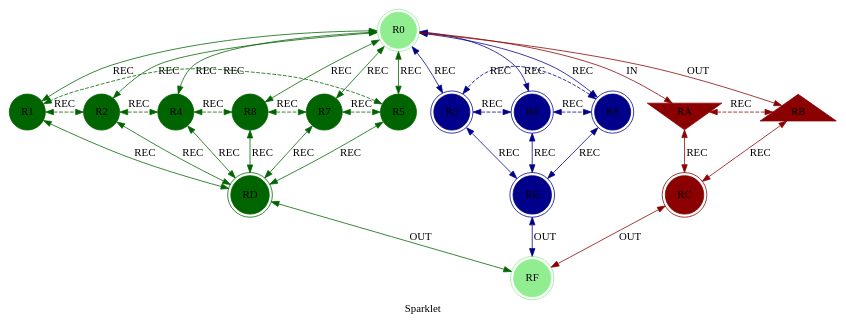
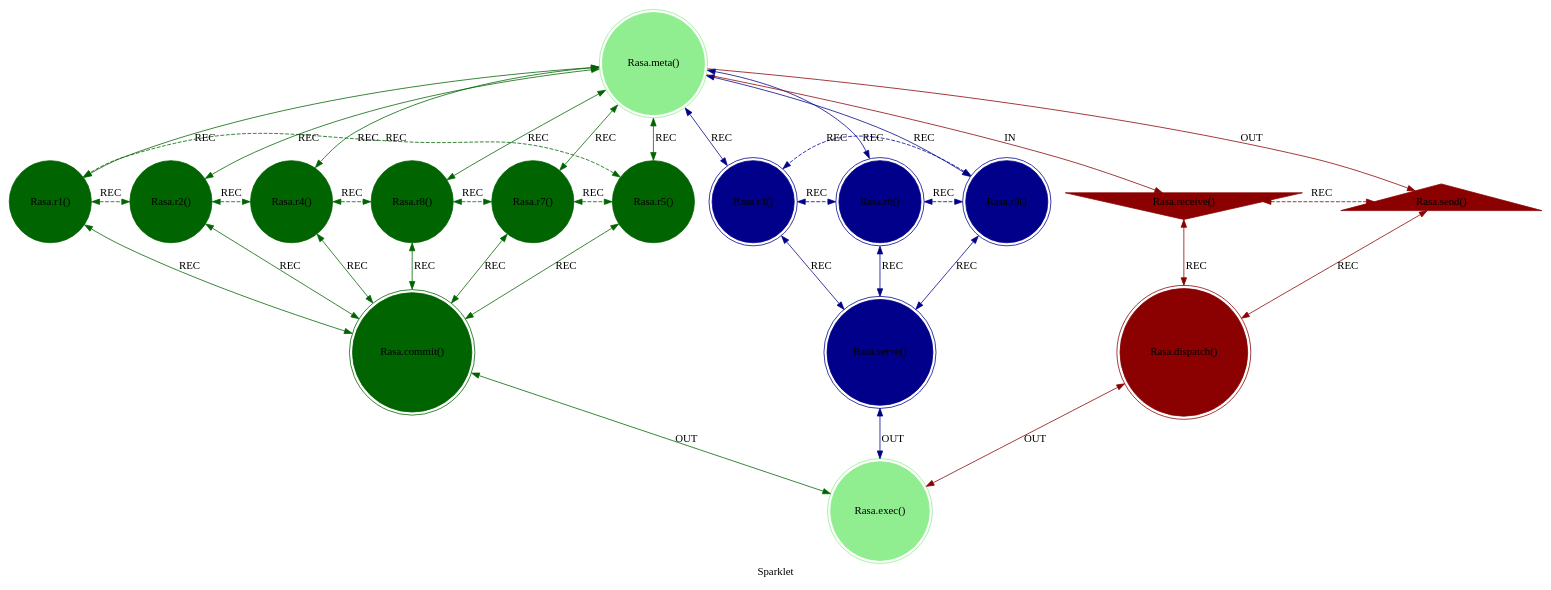
Before and after one commit to cilang/mythos: the diagram in src/includes/rasa.dot, drawn with Graphviz. The commit also changed 6 other files, not shown here.

```diff
--- a/src/includes/rasa.dot
+++ b/src/includes/rasa.dot
@@ -1,48 +1,48 @@
 strict digraph Sparklet {
     label = "Sparklet";
     style = filled;
     color = lightgray;
     node [shape = circle; style = filled; color = lightgreen;];
     
     // The Axis A-0-B (In-Meta-Out).
     // The Sacred 3-6-9 (Boundary of Perception).
     // The Vortex 1-2-4-8-7-5 (Boundary of Comprehension).
     // The Router C-D-E
     // The Closure F
-    spark_0_t [label = "R0";comment = "meta()";shape = doublecircle;];
-    spark_1_t [label = "R1";comment = "";shape = circle;color = darkgreen;];
-    spark_2_t [label = "R2";comment = "";shape = circle;color = darkgreen;];
-    spark_4_t [label = "R4";comment = "";shape = circle;color = darkgreen;];
-    spark_8_t [label = "R8";comment = "";shape = circle;color = darkgreen;];
-    spark_7_t [label = "R7";comment = "";shape = circle;color = darkgreen;];
-    spark_5_t [label = "R5";comment = "";shape = circle;color = darkgreen;];
-    spark_3_t [label = "R3";comment = "";shape = doublecircle;color = darkblue;];
-    spark_6_t [label = "R6";comment = "";shape = doublecircle;color = darkblue;];
-    spark_9_t [label = "R9";comment = "";shape = doublecircle;color = darkblue;];
-    spark_a_t [label = "RA";comment = "receive()";shape = invtriangle;color = darkred;];
-    spark_b_t [label = "RB";comment = "send()";shape = triangle;color = darkred;];
-    spark_c_t [label = "RC";comment = "dispatch()";shape = doublecircle;color = darkred;];
-    spark_d_t [label = "RD";comment = "commit()";shape = doublecircle;color = darkgreen;];
-    spark_e_t [label = "RE";comment = "serve()";shape = doublecircle;color = darkblue;];
-    spark_f_t [label = "RF";comment = "exec()";shape = doublecircle;];
+    spark_0_t [label = "Rasa.meta()";comment = "";shape = doublecircle;];
+    spark_1_t [label = "Rasa.r1()";comment = "";shape = circle;color = darkgreen;];
+    spark_2_t [label = "Rasa.r2()";comment = "";shape = circle;color = darkgreen;];
+    spark_4_t [label = "Rasa.r4()";comment = "";shape = circle;color = darkgreen;];
+    spark_8_t [label = "Rasa.r8()";comment = "";shape = circle;color = darkgreen;];
+    spark_7_t [label = "Rasa.r7()";comment = "";shape = circle;color = darkgreen;];
+    spark_5_t [label = "Rasa.r5()";comment = "";shape = circle;color = darkgreen;];
+    spark_3_t [label = "Rasa.r3()";comment = "Intuition and Instinct";shape = doublecircle;color = darkblue;];
+    spark_6_t [label = "Rasa.r6()";comment = "Resonance and Motivation";shape = doublecircle;color = darkblue;];
+    spark_9_t [label = "Rasa.r9()";comment = "Virtue and Sin";shape = doublecircle;color = darkblue;];
+    spark_a_t [label = "Rasa.receive()";comment = "Emotion";shape = invtriangle;color = darkred;];
+    spark_b_t [label = "Rasa.send()";comment = "Desire";shape = triangle;color = darkred;];
+    spark_c_t [label = "Rasa.dispatch()";comment = "";shape = doublecircle;color = darkred;];
+    spark_d_t [label = "Rasa.commit()";comment = "";shape = doublecircle;color = darkgreen;];
+    spark_e_t [label = "Rasa.serve()";comment = "";shape = doublecircle;color = darkblue;];
+    spark_f_t [label = "Rasa.exec()";comment = "";shape = doublecircle;];
     
     // IN = Input
     // OUT = Output
     // REC = Recursion
     spark_0_t -> spark_a_t [label = "IN"; color = darkred; comment = "";];
     spark_0_t -> spark_b_t [label = "OUT"; color = darkred; comment = "";];
     spark_0_t -> {spark_3_t spark_6_t spark_9_t} [label = "REC"; color = darkblue; comment = ""; dir = both;];
     spark_0_t -> {spark_1_t spark_2_t spark_4_t spark_8_t spark_7_t spark_5_t} [label = "REC"; color = darkgreen; comment = ""; dir = both;];
     
     {spark_a_t spark_b_t} -> spark_c_t [label = "REC"; color = darkred; comment = ""; dir = both;];
     {spark_1_t spark_2_t spark_4_t spark_8_t spark_7_t spark_5_t} -> spark_d_t [label = "REC"; color = darkgreen; comment = ""; dir = both;];
     {spark_3_t spark_6_t spark_9_t} -> spark_e_t [label = "REC"; color = darkblue; comment = ""; dir = both;];
     
     spark_1_t -> spark_2_t -> spark_4_t -> spark_8_t -> spark_7_t -> spark_5_t -> spark_1_t [label = "REC"; color = darkgreen; comment = ""; style = dashed; constraint = false; dir = both;];
     spark_3_t -> spark_6_t -> spark_9_t -> spark_3_t [label = "REC"; color = darkblue; comment = ""; style = dashed; constraint = false; dir = both;];
     spark_a_t -> spark_b_t [label = "REC"; color = darkred; comment = ""; constraint = false; style = dashed; dir = both;];
     
     spark_c_t -> spark_f_t [label = "OUT"; color = darkred; comment = ""; dir = both;];
     spark_d_t -> spark_f_t [label = "OUT"; color = darkgreen; comment = ""; dir = both;];
     spark_e_t -> spark_f_t [label = "OUT"; color = darkblue; comment = ""; dir = both;];
 }
```
